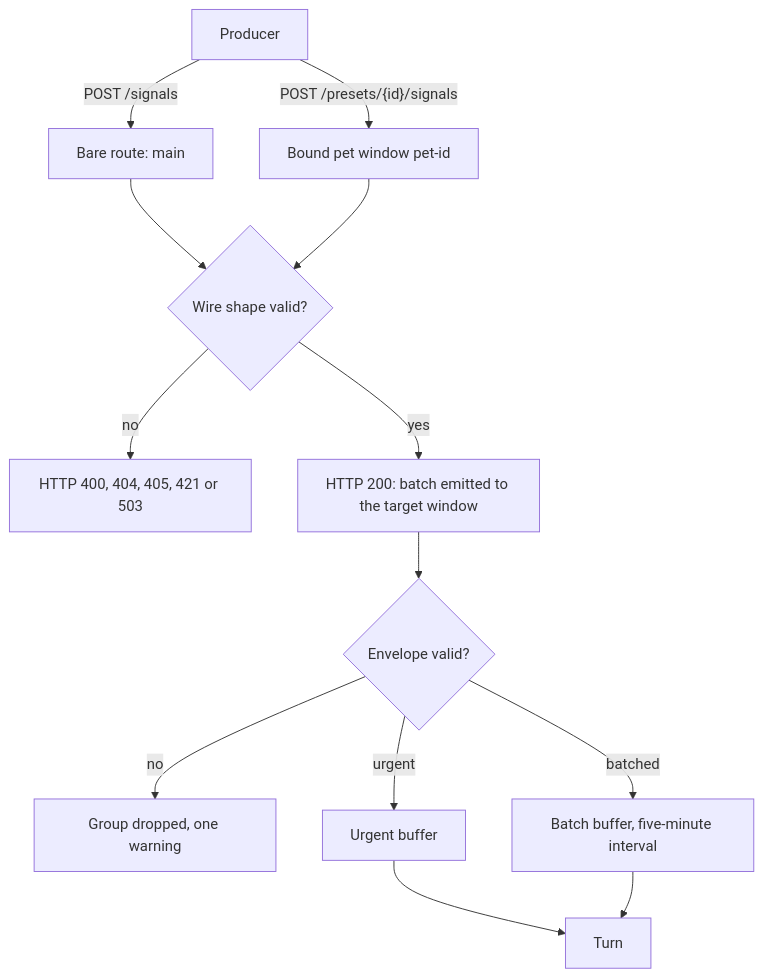
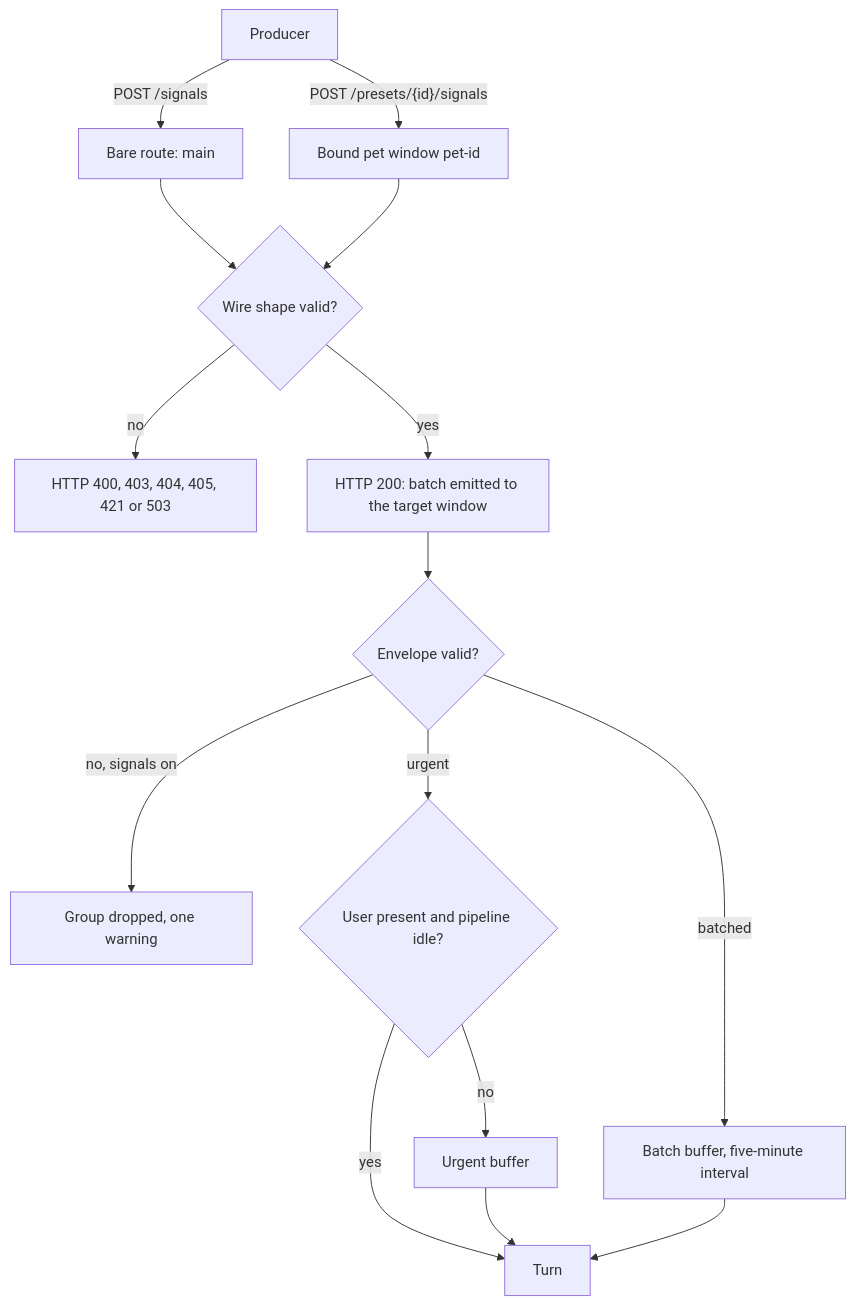
One commit to yw0nam/YUI changed the first of 2 diagrams in docs/reference/signals-ingress.md. Above: the diagram before and after it, drawn with Mermaid. The commit also changed other lines of this file and 6 other files, not shown here.

Commit message:
docs: Reference prose reads plainly, and its diagrams and callouts match the stated rules

````diff
--- a/docs/reference/signals-ingress.md
+++ b/docs/reference/signals-ingress.md
@@ -9,15 +8,17 @@
 ```mermaid
 flowchart TD
   P["Producer"] -->|"POST /signals"| M["Bare route: main"]
   P -->|"POST /presets/{id}/signals"| W["Bound pet window pet-id"]
   M --> G{"Wire shape valid?"}
   W --> G
-  G -->|"no"| E["HTTP 400, 404, 405, 421 or 503"]
+  G -->|"no"| E["HTTP 400, 403, 404, 405, 421 or 503"]
   G -->|"yes"| A["HTTP 200: batch emitted to the target window"]
   A --> V{"Envelope valid?"}
-  V -->|"no"| X["Group dropped, one warning"]
-  V -->|"urgent"| U["Urgent buffer"]
+  V -->|"no, signals on"| X["Group dropped, one warning"]
+  V -->|"urgent"| N{"User present and pipeline idle?"}
+  N -->|"yes"| T["Turn"]
+  N -->|"no"| U["Urgent buffer"]
   V -->|"batched"| B["Batch buffer, five-minute interval"]
-  U --> T["Turn"]
+  U --> T
   B --> T
 ```
````
